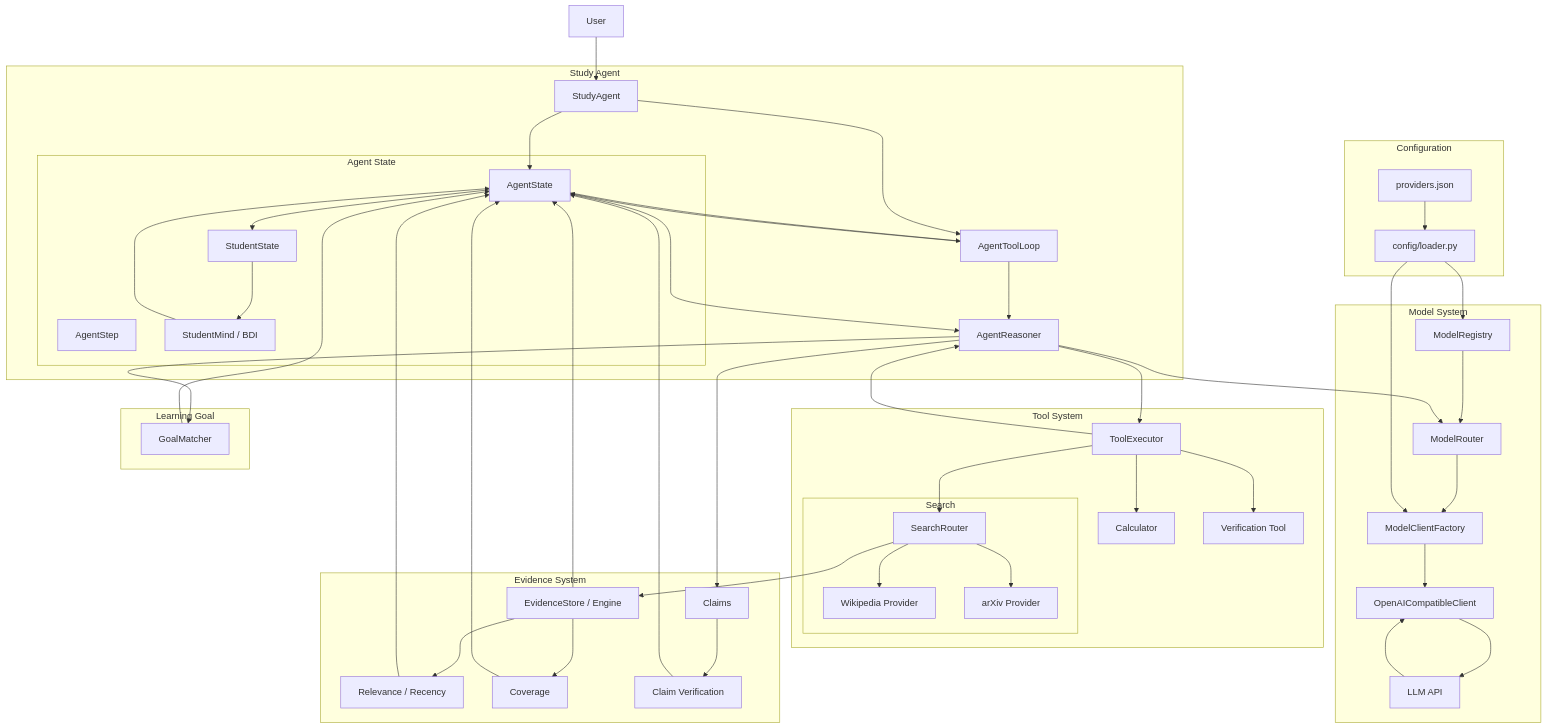
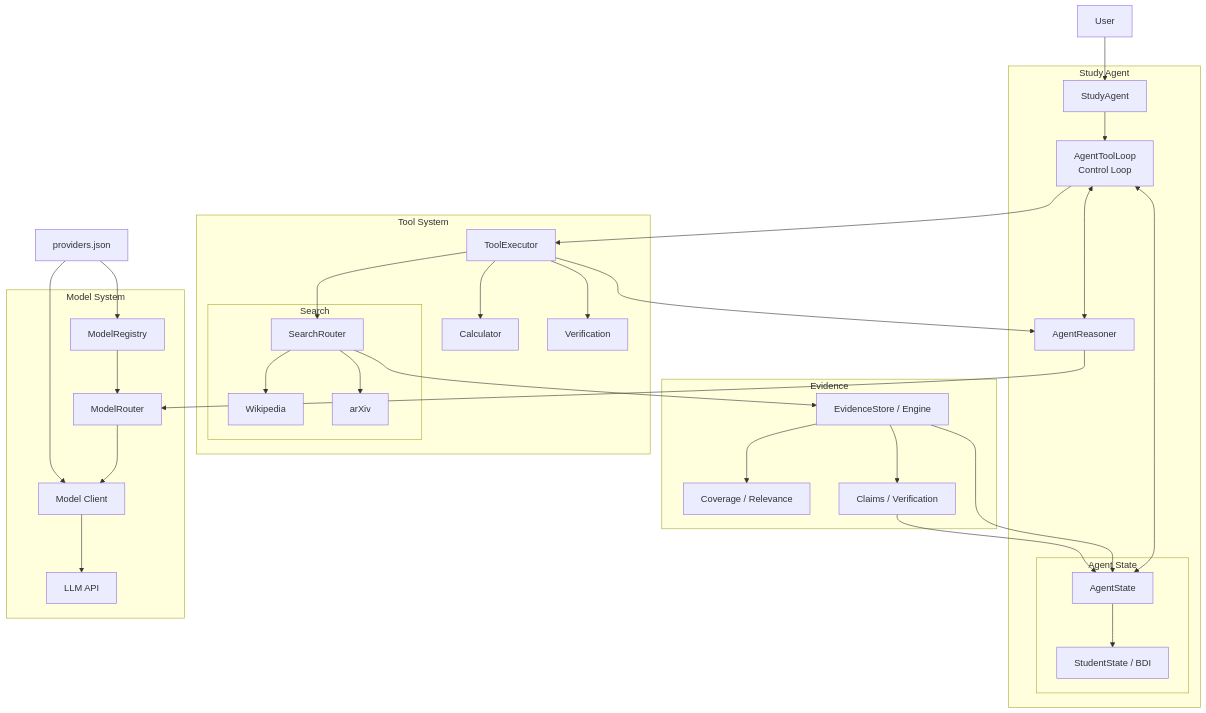
One commit to Erdoschn/Study-agent changed the first of 3 diagrams in README.md. Above: the diagram before and after it, drawn with Mermaid. The commit also changed other lines of this file, not shown here.

Commit message:
docs: simplify architecture diagram

````diff
--- a/README.md
+++ b/README.md
@@ -5,47 +5,31 @@
 
     USER["User"]
 
-    subgraph CONFIG["Configuration"]
-        CFG["providers.json"]
-        LOADER["config/loader.py"]
-        CFG --> LOADER
-    end
-
     subgraph AGENT["Study Agent"]
         SA["StudyAgent"]
+        LOOP["AgentToolLoop<br/>Control Loop"]
+        REASONER["AgentReasoner"]
 
         subgraph STATE["Agent State"]
             AS["AgentState"]
-            STEP["AgentStep"]
-            STUDENT["StudentState"]
-            MIND["StudentMind / BDI"]
+            STUDENT["StudentState / BDI"]
         end
 
-        LOOP["AgentToolLoop"]
-        REASONER["AgentReasoner"]
-
-        SA --> AS
         SA --> LOOP
-        LOOP --> REASONER
-        AS --> LOOP
-        LOOP --> AS
+        LOOP <--> REASONER
+        LOOP <--> AS
         AS --> STUDENT
-        STUDENT --> MIND
-        MIND --> AS
     end
 
     subgraph MODEL["Model System"]
         REGISTRY["ModelRegistry"]
         ROUTER["ModelRouter"]
-        FACTORY["ModelClientFactory"]
-        CLIENT["OpenAICompatibleClient"]
+        CLIENT["Model Client"]
         LLM["LLM API"]
 
         REGISTRY --> ROUTER
-        ROUTER --> FACTORY
-        FACTORY --> CLIENT
+        ROUTER --> CLIENT
         CLIENT --> LLM
-        LLM --> CLIENT
     end
 
     subgraph TOOLS["Tool System"]
@@ -53,56 +37,38 @@
 
         subgraph SEARCH["Search"]
             SEARCH_ROUTER["SearchRouter"]
-            WIKI["Wikipedia Provider"]
-            ARXIV["arXiv Provider"]
-
+            WIKI["Wikipedia"]
+            ARXIV["arXiv"]
             SEARCH_ROUTER --> WIKI
             SEARCH_ROUTER --> ARXIV
         end
 
         CALC["Calculator"]
-        VERIFY["Verification Tool"]
-
+        VERIFY["Verification"]
+        
         EXECUTOR --> SEARCH_ROUTER
         EXECUTOR --> CALC
         EXECUTOR --> VERIFY
     end
 
-    subgraph EVIDENCE["Evidence System"]
+    subgraph EVIDENCE["Evidence"]
         EVI["EvidenceStore / Engine"]
-        RELEVANCE["Relevance / Recency"]
-        COVERAGE["Coverage"]
-        CLAIM["Claims"]
-        CHECK["Claim Verification"]
+        COVERAGE["Coverage / Relevance"]
+        CLAIM["Claims / Verification"]
 
-        EVI --> RELEVANCE
         EVI --> COVERAGE
-        CLAIM --> CHECK
-        CHECK --> AS
-        RELEVANCE --> AS
-        COVERAGE --> AS
+        EVI --> CLAIM
     end
 
-    subgraph GOAL["Learning Goal"]
-        GOALMATCH["GoalMatcher"]
-    end
+    CONFIG["providers.json"] --> REGISTRY
+    CONFIG --> CLIENT
 
     USER --> SA
-
-    LOADER --> REGISTRY
-    LOADER --> FACTORY
-
     REASONER --> ROUTER
-    REASONER --> EXECUTOR
+    LOOP --> EXECUTOR
     EXECUTOR --> REASONER
 
     SEARCH_ROUTER --> EVI
     EVI --> AS
-
-    REASONER --> CLAIM
-    REASONER --> GOALMATCH
-    GOALMATCH --> AS
-
-    AS --> REASONER
-
+    CLAIM --> AS
 ```
````
